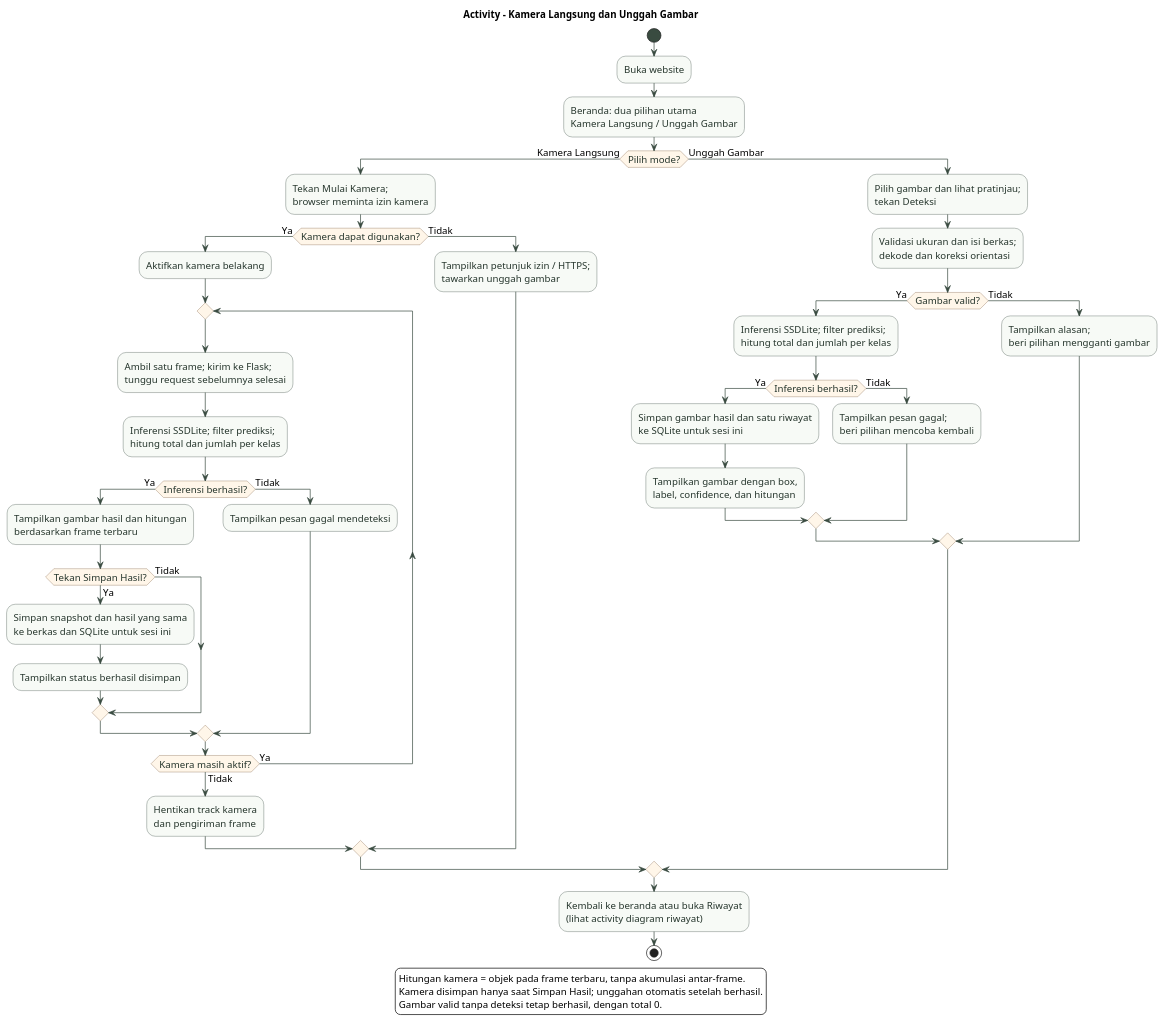
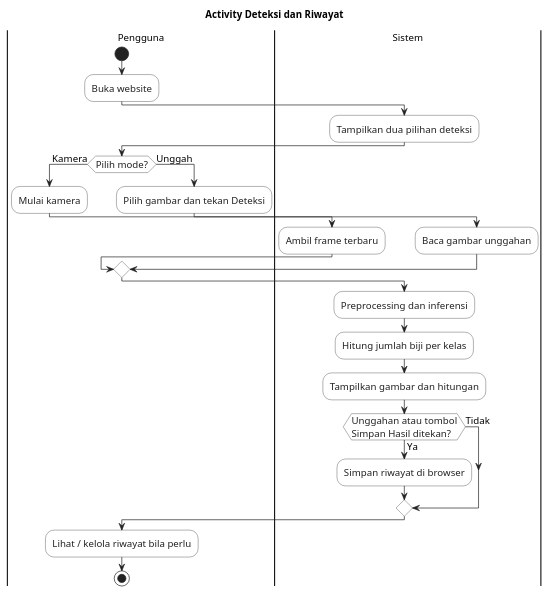
One commit to fiqqx/KAKAO-MODEL changed the diagram in docs/diagrams/activity.puml. Above: the diagram before and after it, drawn with PlantUML. The commit also changed 26 other files, not shown here.

Commit message:
docs: simplify diagrams and add browser-history UI wireframes

```diff
--- a/docs/diagrams/activity.puml
+++ b/docs/diagrams/activity.puml
@@ -1,64 +1,43 @@
 @startuml
 skinparam backgroundColor white
 skinparam shadowing false
 skinparam defaultFontName SansSerif
 skinparam defaultFontSize 14
-skinparam ArrowColor #394B40
+skinparam ArrowColor #222222
 skinparam activity {
-  BackgroundColor #F7FAF6
-  BorderColor #394B40
-  FontColor #25352C
-  DiamondBackgroundColor #FFF6E9
-  DiamondBorderColor #806244
-  StartColor #394B40
-  EndColor #394B40
+  BackgroundColor white
+  BorderColor #222222
+  FontColor #222222
+  DiamondBackgroundColor white
+  DiamondBorderColor #222222
+  StartColor #222222
+  EndColor #222222
 }
-title Activity - Kamera Langsung dan Unggah Gambar
+title Activity Deteksi dan Riwayat
+|Pengguna|
 start
 :Buka website;
-:Beranda: dua pilihan utama\nKamera Langsung / Unggah Gambar;
-if (Pilih mode?) then (Kamera Langsung)
-  :Tekan Mulai Kamera;\nbrowser meminta izin kamera;
-  if (Kamera dapat digunakan?) then (Ya)
-    :Aktifkan kamera belakang;
-    repeat
-      :Ambil satu frame; kirim ke Flask;\ntunggu request sebelumnya selesai;
-      :Inferensi SSDLite; filter prediksi;\nhitung total dan jumlah per kelas;
-      if (Inferensi berhasil?) then (Ya)
-        :Tampilkan gambar hasil dan hitungan\nberdasarkan frame terbaru;
-        if (Tekan Simpan Hasil?) then (Ya)
-          :Simpan snapshot dan hasil yang sama\nke berkas dan SQLite untuk sesi ini;
-          :Tampilkan status berhasil disimpan;
-        else (Tidak)
-        endif
-      else (Tidak)
-        :Tampilkan pesan gagal mendeteksi;
-      endif
-    repeat while (Kamera masih aktif?) is (Ya) not (Tidak)
-    :Hentikan track kamera\ndan pengiriman frame;
-  else (Tidak)
-    :Tampilkan petunjuk izin / HTTPS;\ntawarkan unggah gambar;
-  endif
-else (Unggah Gambar)
-  :Pilih gambar dan lihat pratinjau;\ntekan Deteksi;
-  :Validasi ukuran dan isi berkas;\ndekode dan koreksi orientasi;
-  if (Gambar valid?) then (Ya)
-    :Inferensi SSDLite; filter prediksi;\nhitung total dan jumlah per kelas;
-    if (Inferensi berhasil?) then (Ya)
-      :Simpan gambar hasil dan satu riwayat\nke SQLite untuk sesi ini;
-      :Tampilkan gambar dengan box,\nlabel, confidence, dan hitungan;
-    else (Tidak)
-      :Tampilkan pesan gagal;\nberi pilihan mencoba kembali;
-    endif
-  else (Tidak)
-    :Tampilkan alasan;\nberi pilihan mengganti gambar;
-  endif
+|Sistem|
+:Tampilkan dua pilihan deteksi;
+|Pengguna|
+if (Pilih mode?) then (Kamera)
+  :Mulai kamera;
+  |Sistem|
+  :Ambil frame terbaru;
+else (Unggah)
+  |Pengguna|
+  :Pilih gambar dan tekan Deteksi;
+  |Sistem|
+  :Baca gambar unggahan;
 endif
-:Kembali ke beranda atau buka Riwayat\n(lihat activity diagram riwayat);
+:Preprocessing dan inferensi;
+:Hitung jumlah biji per kelas;
+:Tampilkan gambar dan hitungan;
+if (Unggahan atau tombol\nSimpan Hasil ditekan?) then (Ya)
+  :Simpan riwayat di browser;
+else (Tidak)
+endif
+|Pengguna|
+:Lihat / kelola riwayat bila perlu;
 stop
-legend bottom
-  Hitungan kamera = objek pada frame terbaru, tanpa akumulasi antar-frame.
-  Kamera disimpan hanya saat Simpan Hasil; unggahan otomatis setelah berhasil.
-  Gambar valid tanpa deteksi tetap berhasil, dengan total 0.
-endlegend
 @enduml
```
